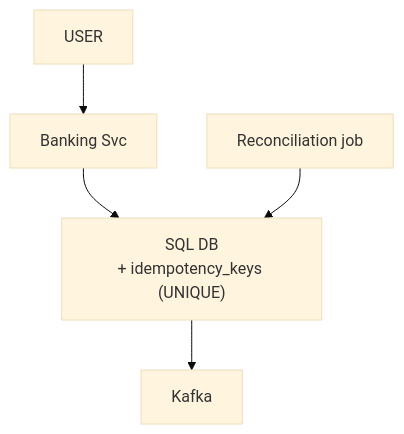
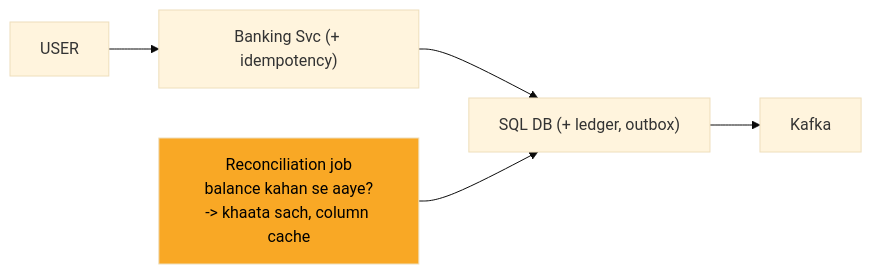
The seventh of 13 diagrams in 04_HLD/SYSTEM_DESIGNS/13_banking_system/13_banking_system.md (ArpanMaheshwari144/Prep), drawn with Mermaid (base theme) before and after one commit. The commit also changed other lines of this file and 2 other files, not shown here.

Commit message:
docs, kafka, banking: one-day story, short cards, follow-ups with rules, highlighted diagrams

````diff
--- a/04_HLD/SYSTEM_DESIGNS/13_banking_system/13_banking_system.md
+++ b/04_HLD/SYSTEM_DESIGNS/13_banking_system/13_banking_system.md
@@ -253,12 +226,13 @@
 ```mermaid
-flowchart TD
+flowchart LR
     n_USER["USER"]
-    n_Banking_Svc["Banking Svc"]
-    n_SQL_DB["SQL DB<br/>+ idempotency_keys (UNIQUE)"]
-    n_Kafka["Kafka"]
-    n_Reconciliation_job["Reconciliation job"]
-    n_USER --> n_Banking_Svc
-    n_Banking_Svc --> n_SQL_DB
-    n_SQL_DB --> n_Kafka
-    n_Reconciliation_job --> n_SQL_DB
+    n_SVC["Banking Svc (+ idempotency)"]
+    n_DB["SQL DB (+ ledger, outbox)"]
+    n_K["Kafka"]
+    n_REC["Reconciliation job<br/>balance kahan se aaye?<br/>-> khaata sach, column cache"]
+    n_USER --> n_SVC
+    n_SVC --> n_DB
+    n_DB --> n_K
+    n_REC --> n_DB
+    style n_REC fill:#f9a825,color:#000
 ```
````
